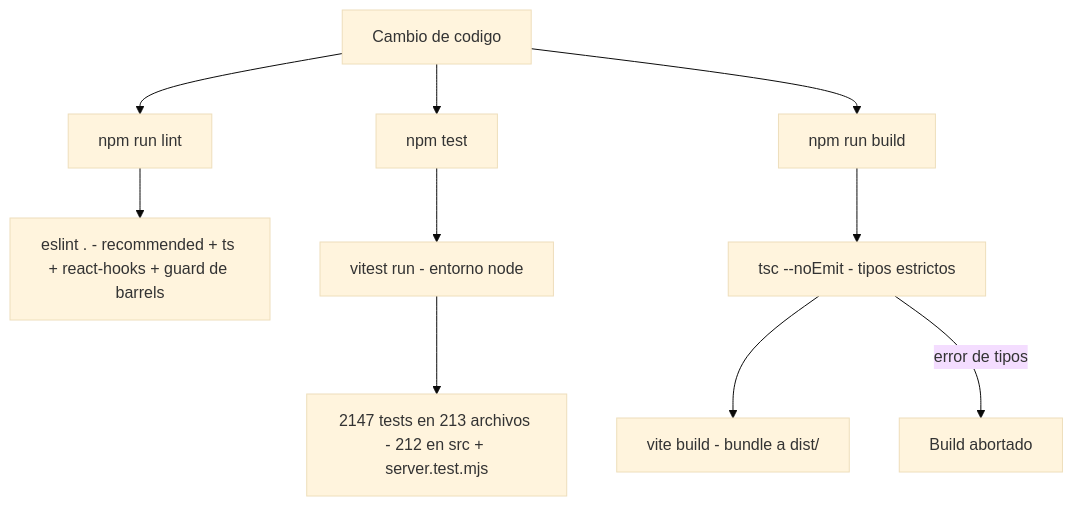
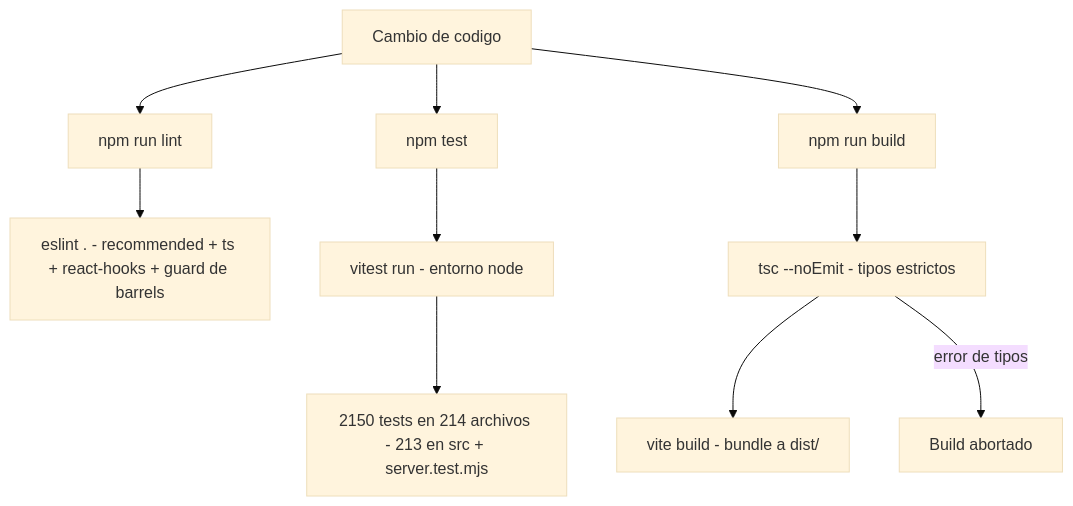
One commit to Carlosmps97/web-data-model-hub changed the first of 4 diagrams in doc/testing.md. Above: the diagram before and after it, drawn with Mermaid (base theme). The commit also changed other lines of this file and 19 other files, not shown here.

````diff
--- a/doc/testing.md
+++ b/doc/testing.md
@@ -152,12 +152,12 @@
 ```mermaid
 flowchart TD
     A[Cambio de codigo] --> B[npm run lint]
     A --> C[npm test]
     A --> D[npm run build]
     B --> B1[eslint . - recommended + ts + react-hooks + guard de barrels]
     C --> C1[vitest run - entorno node]
-    C1 --> C2[2147 tests en 213 archivos - 212 en src + server.test.mjs]
+    C1 --> C2[2150 tests en 214 archivos - 213 en src + server.test.mjs]
     D --> D1[tsc --noEmit - tipos estrictos]
     D1 --> D2[vite build - bundle a dist/]
     D1 -->|error de tipos| X[Build abortado]
 ```
````
